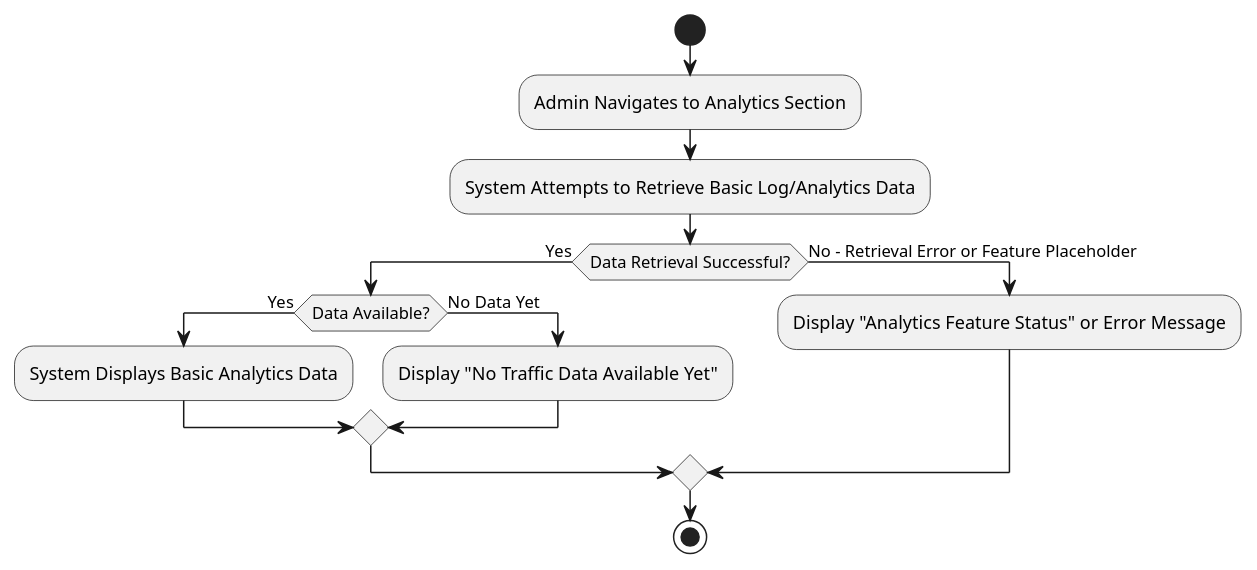
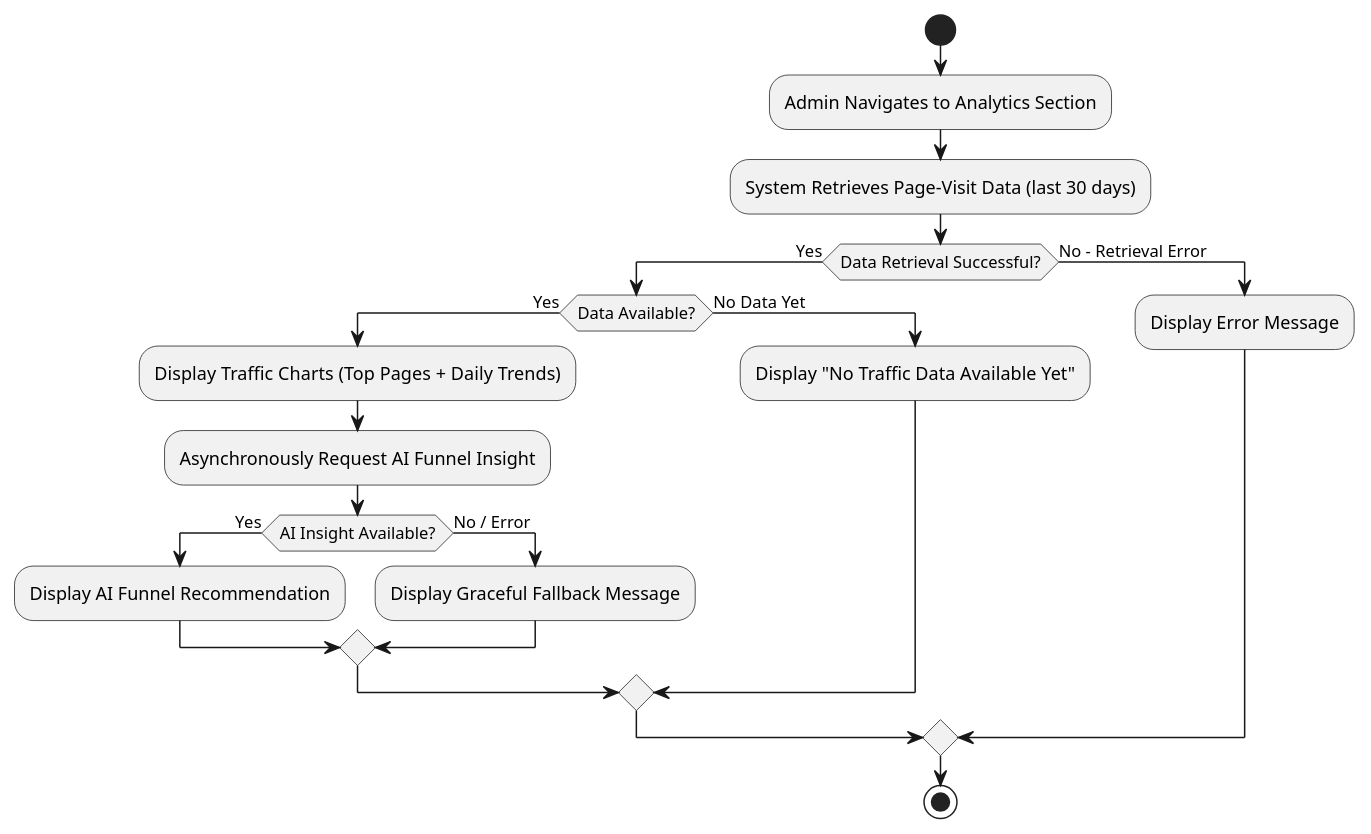
Before and after one commit to 7azmi/Al-Muneer-Portal: diagram 21 of 34 in Academic fluff (temp)/appendix: SRS.md, drawn with PlantUML. The commit also changed other lines of this file, not shown here.

````diff
--- a/Academic fluff (temp)/appendix: SRS.md
+++ b/Academic fluff (temp)/appendix: SRS.md
@@ -1001,17 +1006,23 @@
 ```plantuml
 @startuml
 start
 :Admin Navigates to Analytics Section;
-:System Attempts to Retrieve Basic Log/Analytics Data;
+:System Retrieves Page-Visit Data (last 30 days);
 if (Data Retrieval Successful?) then (Yes)
   if (Data Available?) then (Yes)
-    :System Displays Basic Analytics Data;
+    :Display Traffic Charts (Top Pages + Daily Trends);
+    :Asynchronously Request AI Funnel Insight;
+    if (AI Insight Available?) then (Yes)
+      :Display AI Funnel Recommendation;
+    else (No / Error)
+      :Display Graceful Fallback Message;
+    endif
   else (No Data Yet)
     :Display "No Traffic Data Available Yet";
   endif
-else (No - Retrieval Error or Feature Placeholder)
-  :Display "Analytics Feature Status" or Error Message;
+else (No - Retrieval Error)
+  :Display Error Message;
 endif
 stop
 @enduml
 ```
````
